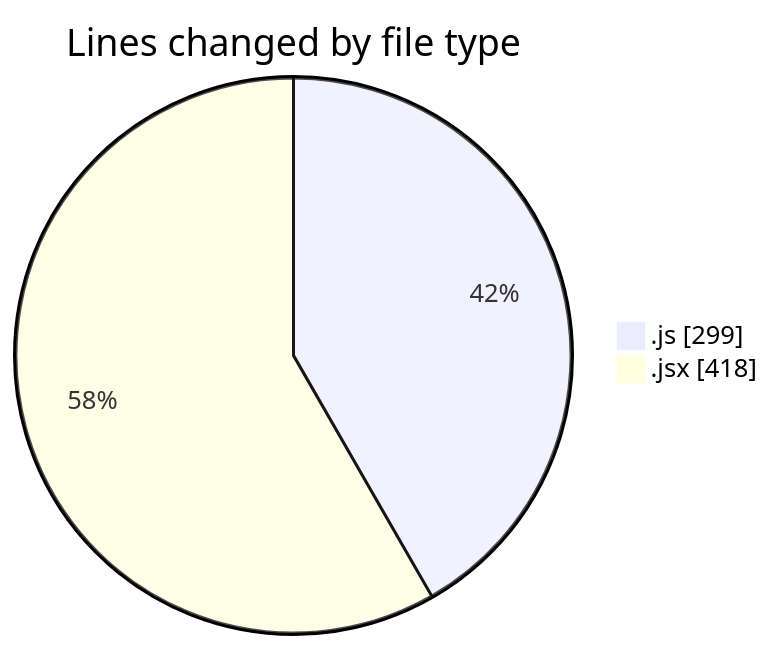
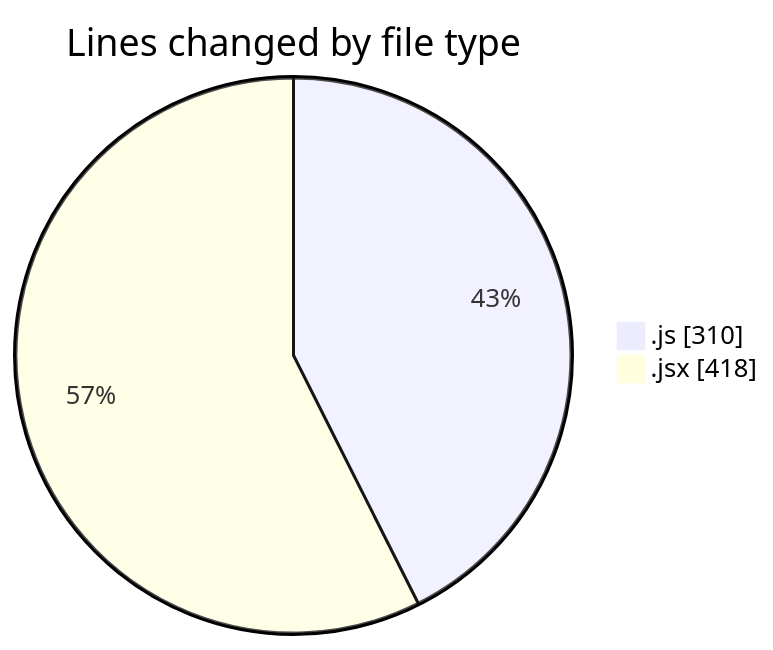
Before and after one commit to nxtqubesakshisongat/code-tracking: the first of 2 diagrams in 2025-05-29/nxtqube_webapp/README.md, drawn with Mermaid. The commit also changed other lines of this file and 1 other file, not shown here.

````diff
--- a/2025-05-29/nxtqube_webapp/README.md
+++ b/2025-05-29/nxtqube_webapp/README.md
@@ -25,6 +26,6 @@
 ```mermaid
 pie showData
 title Lines changed by file type
-".js" : 299
+".js" : 310
 ".jsx" : 418
 ```
````
